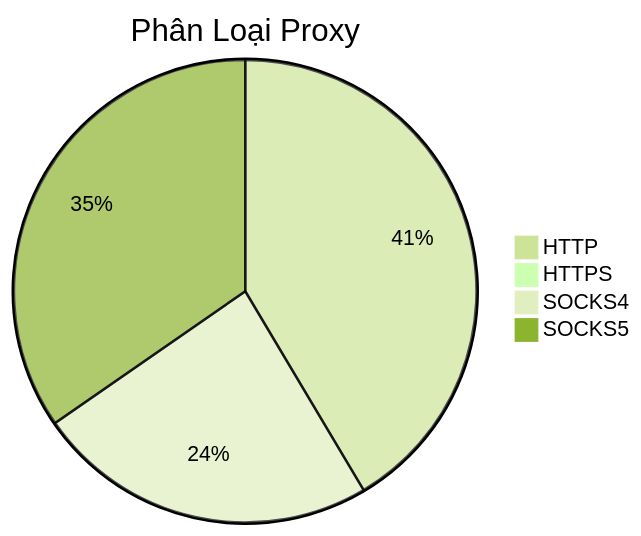
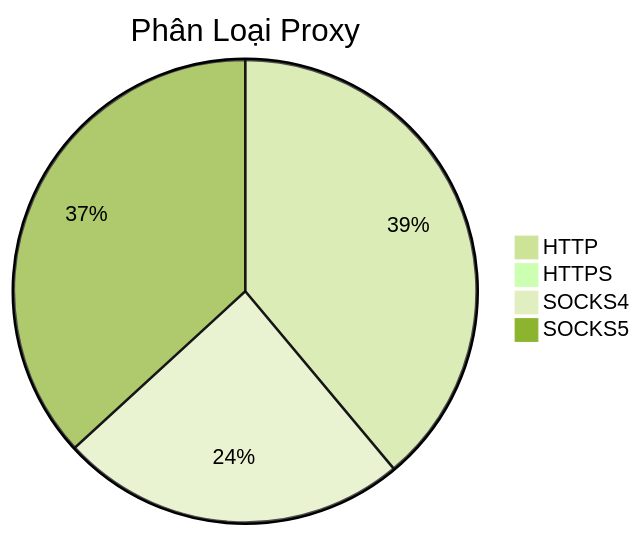
One commit to Ciara-12/PROXY-free changed the diagram in README.md. Above: the diagram before and after it, drawn with Mermaid (forest theme). The commit also changed other lines of this file and 4 other files, not shown here.

````diff
--- a/README.md
+++ b/README.md
@@ -26,7 +26,7 @@
 ```mermaid
 pie title Phân Loại Proxy
-    "HTTP" : 359
-    "HTTPS" : 0
-    "SOCKS4" : 207
-    "SOCKS5" : 300
+    "HTTP" : 335
+    "HTTPS" : 1
+    "SOCKS4" : 209
+    "SOCKS5" : 317
 ```
````
